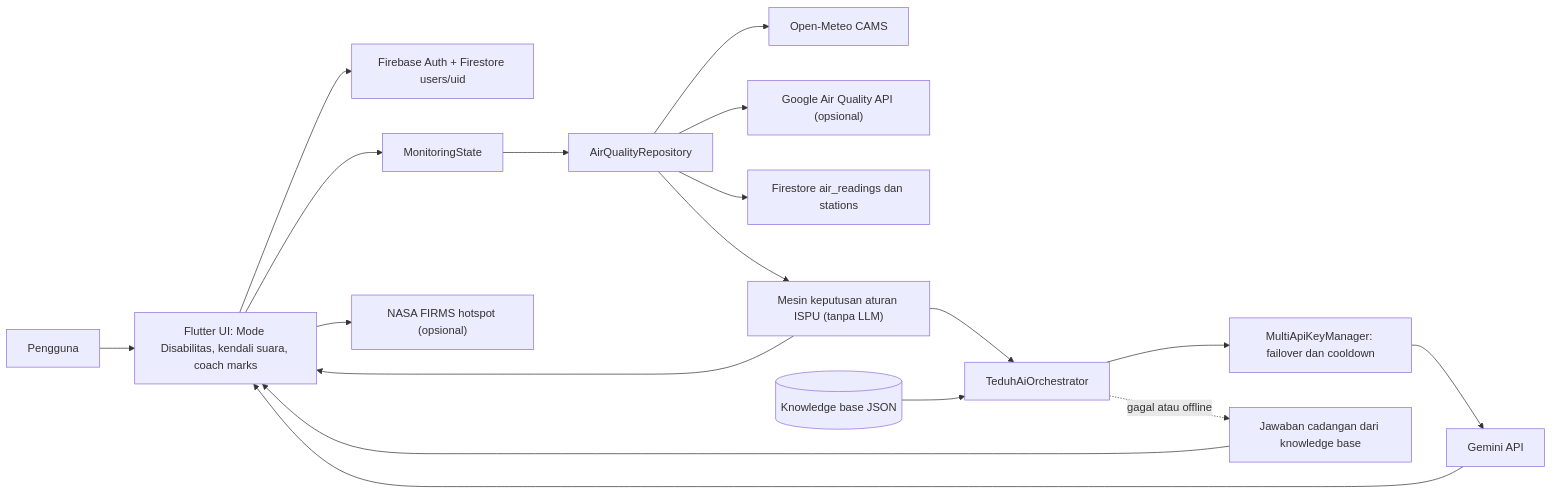
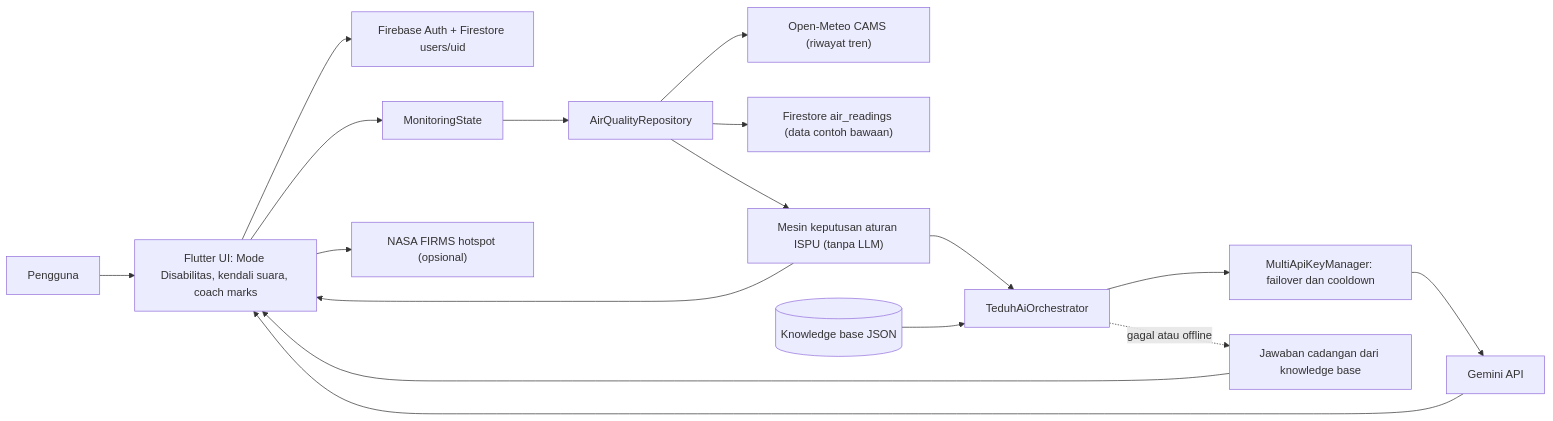
One commit to Rayya-analyst/TEDUH changed the diagram in README.md. Above: the diagram before and after it, drawn with Mermaid. The commit also changed other lines of this file, not shown here.

````diff
--- a/README.md
+++ b/README.md
@@ -114,20 +116,19 @@
 ```mermaid
 flowchart LR
   U["Pengguna"] --> UI["Flutter UI: Mode Disabilitas, kendali suara, coach marks"]
   UI --> AUTH["Firebase Auth + Firestore users/uid"]
   UI --> MON["MonitoringState"]
   MON --> REPO["AirQualityRepository"]
-  REPO --> OM["Open-Meteo CAMS"]
-  REPO --> GA["Google Air Quality API (opsional)"]
-  REPO --> FS["Firestore air_readings dan stations"]
+  REPO --> OM["Open-Meteo CAMS (riwayat tren)"]
+  REPO --> FS["Firestore air_readings (data contoh bawaan)"]
   UI --> FIRMS["NASA FIRMS hotspot (opsional)"]
   REPO --> DE["Mesin keputusan aturan ISPU (tanpa LLM)"]
   DE --> UI
   DE --> ORC["TeduhAiOrchestrator"]
   KB[("Knowledge base JSON")] --> ORC
   ORC --> KEY["MultiApiKeyManager: failover dan cooldown"]
   KEY --> GEM["Gemini API"]
   ORC -. "gagal atau offline" .-> FB["Jawaban cadangan dari knowledge base"]
   GEM --> UI
   FB --> UI
 ```
````
